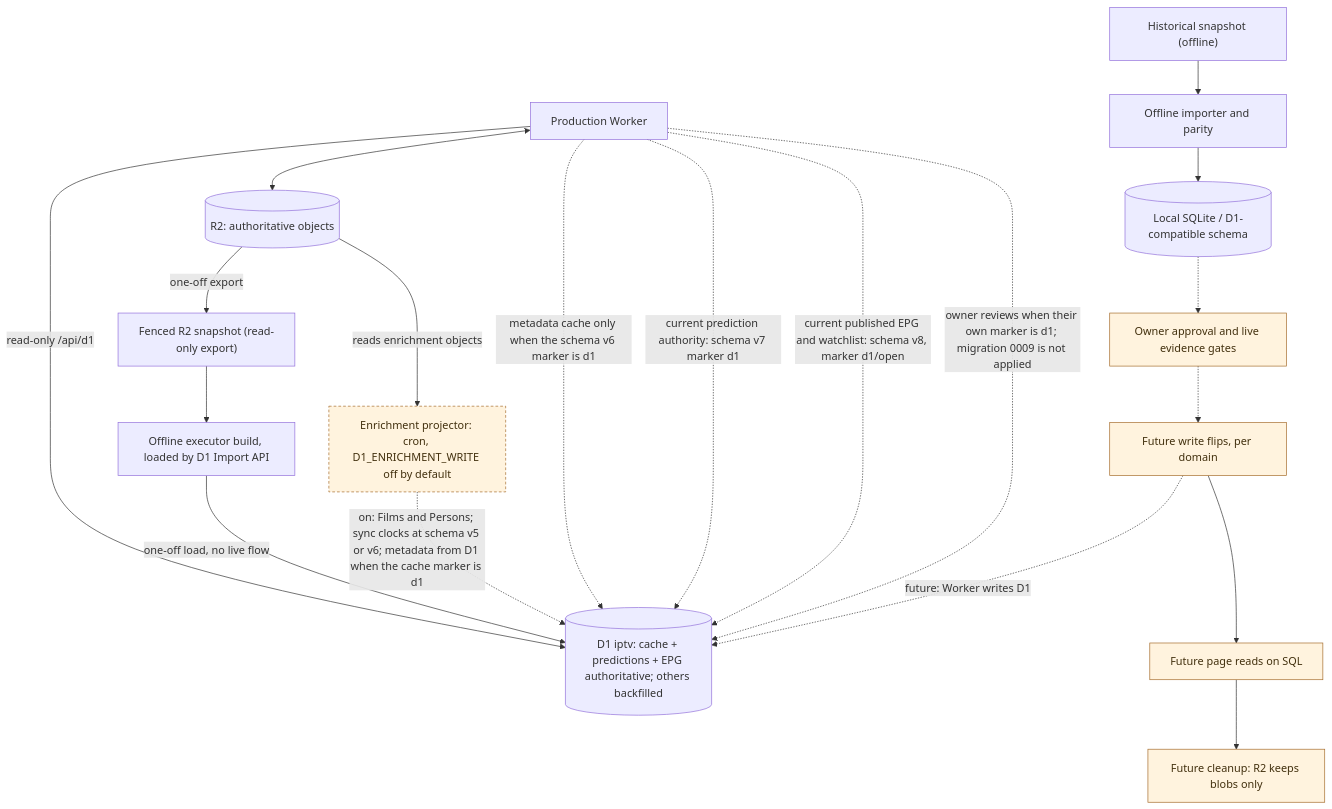
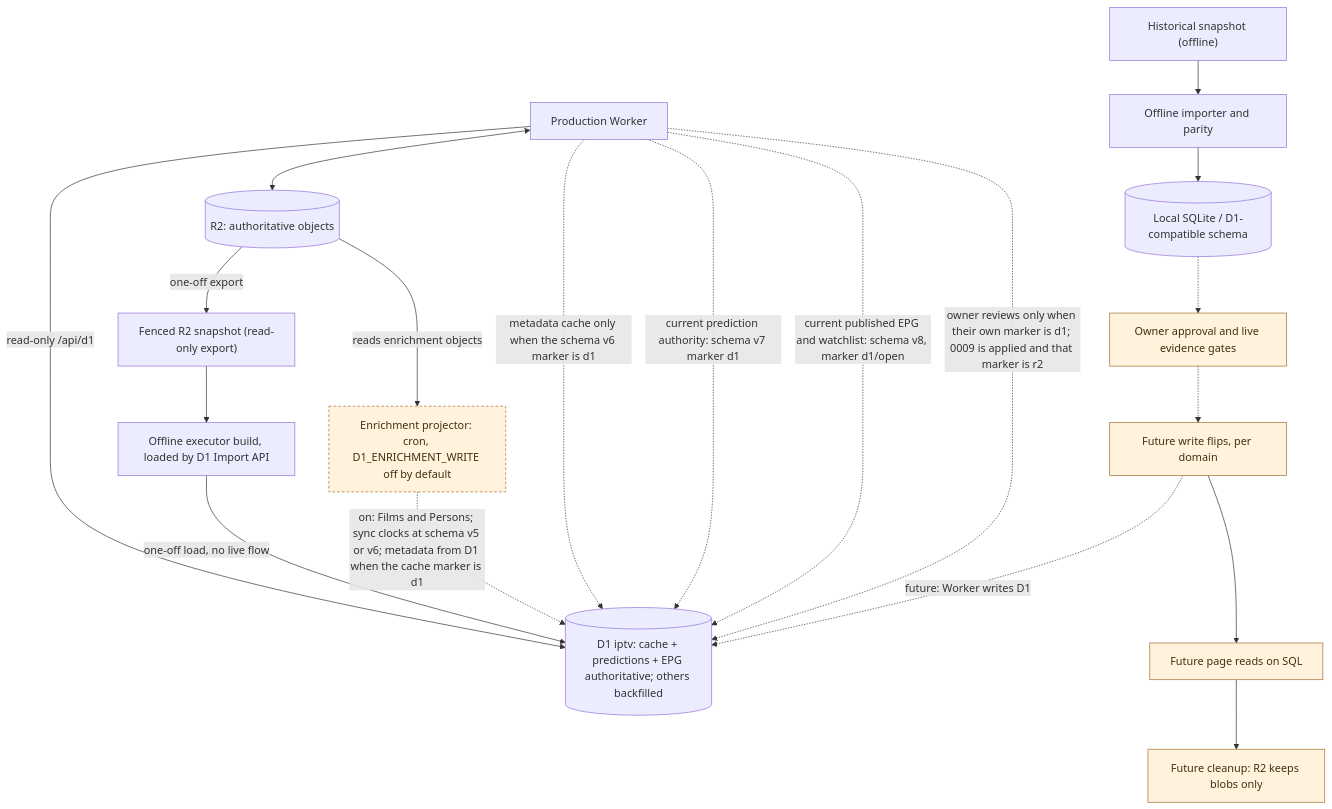
Before and after one commit to vladimino/iptv-watchlist: the diagram in docs/architecture/persistence-and-migration.md, drawn with Mermaid. The commit also changed other lines of this file and 14 other files, not shown here.

First line of the commit message:
Record the production apply of owner-review schema 0009.

````diff
--- a/docs/architecture/persistence-and-migration.md
+++ b/docs/architecture/persistence-and-migration.md
@@ -5,32 +5,32 @@
 ```mermaid
 flowchart TD
     worker["Production Worker"]
     r2[("R2: authoritative objects")]
     archive["Historical snapshot (offline)"]
     importer["Offline importer and parity"]
     local[("Local SQLite / D1-compatible schema")]
     gate["Owner approval and live evidence gates"]
     snapshot["Fenced R2 snapshot (read-only export)"]
     reload["Offline executor build, loaded by D1 Import API"]
     d1[("D1 iptv: cache + predictions + EPG authoritative; others backfilled")]
     projector["Enrichment projector: cron, D1_ENRICHMENT_WRITE off by default"]
     flipWrite["Future write flips, per domain"]
     flipRead["Future page reads on SQL"]
     retire["Future cleanup: R2 keeps blobs only"]
     worker <--> r2
     worker -->|read-only /api/d1| d1
     archive --> importer --> local
     local -.-> gate
     r2 -->|one-off export| snapshot --> reload -->|one-off load, no live flow| d1
     r2 -->|reads enrichment objects| projector -.->|on: Films and Persons; sync clocks at schema v5 or v6; metadata from D1 when the cache marker is d1| d1
     worker -.->|metadata cache only when the schema v6 marker is d1| d1
     worker -.->|current prediction authority: schema v7 marker d1| d1
     worker -.->|current published EPG and watchlist: schema v8, marker d1/open| d1
-    worker -.->|owner reviews when their own marker is d1; migration 0009 is not applied| d1
+    worker -.->|owner reviews only when their own marker is d1; 0009 is applied and that marker is r2| d1
     gate -.-> flipWrite -.->|future: Worker writes D1| d1
     flipWrite --> flipRead --> retire
     classDef future fill:#fff3de,stroke:#a56c2b,color:#42300e
     classDef gated fill:#fff3de,stroke:#a56c2b,color:#42300e,stroke-dasharray:4 3
     class gate,flipWrite,flipRead,retire future
     class projector gated
 ```
````
